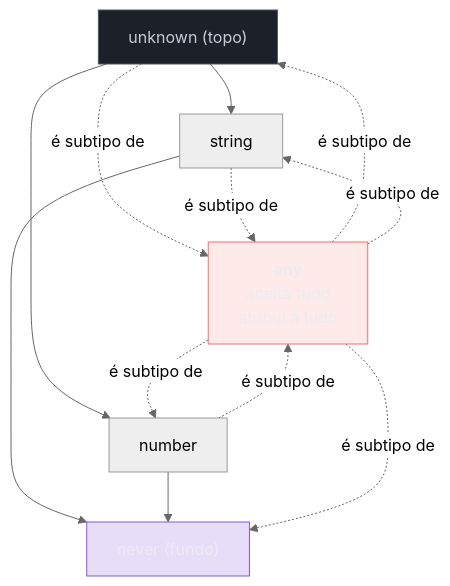
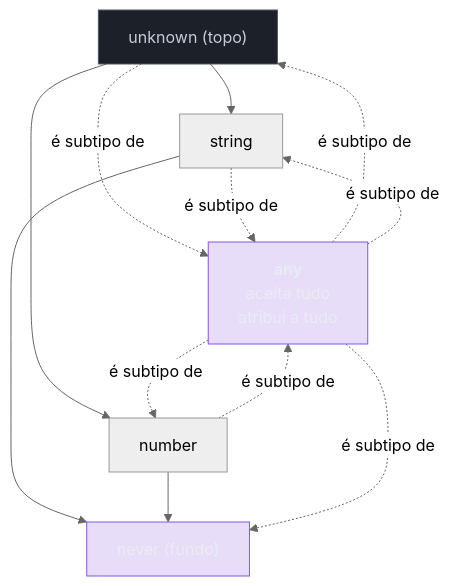
One commit to josenaldo/codex-technomanticus changed the fourth of 4 diagrams in 03-Dominios/Tecnologia/TypeScript/04 - any, unknown e never.md. Above: the diagram before and after it, drawn with Mermaid (neutral theme). The commit also changed other lines of this file and 601 other files, not shown here.

````diff
--- a/03-Dominios/Tecnologia/TypeScript/04 - any, unknown e never.md
+++ b/03-Dominios/Tecnologia/TypeScript/04 - any, unknown e never.md
@@ -320,28 +321,27 @@
 ```mermaid
 graph TB
-    classDef falha fill:#FF6B6B24,stroke:#FF6B6B,color:#E9ECF2
     classDef neutro fill:#1B2029,stroke:#4E5666,color:#C6CCD8
     classDef marca fill:#8855DF33,stroke:#8855DF,color:#E9ECF2
     UNK["unknown (topo)"]
     STR["string"]
     NUM["number"]
     NEV["never (fundo)"]
     ANY["<b>any</b><br/>aceita tudo<br/>atribui a tudo"]
 
     UNK --> STR
     UNK --> NUM
     STR --> NEV
     NUM --> NEV
 
     ANY -.->|"é subtipo de"| UNK
     ANY -.->|"é subtipo de"| STR
     ANY -.->|"é subtipo de"| NUM
     ANY -.->|"é subtipo de"| NEV
     UNK -.->|"é subtipo de"| ANY
     STR -.->|"é subtipo de"| ANY
     NUM -.->|"é subtipo de"| ANY
 
-    class ANY falha
+    class ANY marca
     class UNK neutro
     class NEV marca
 ```
````
